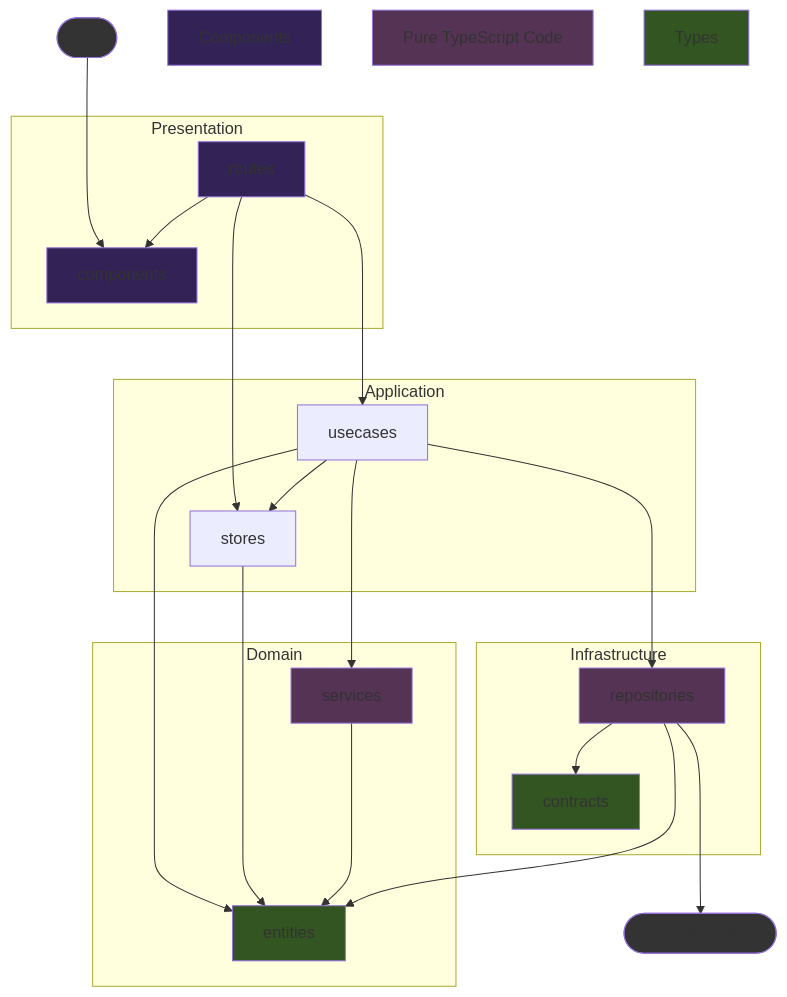
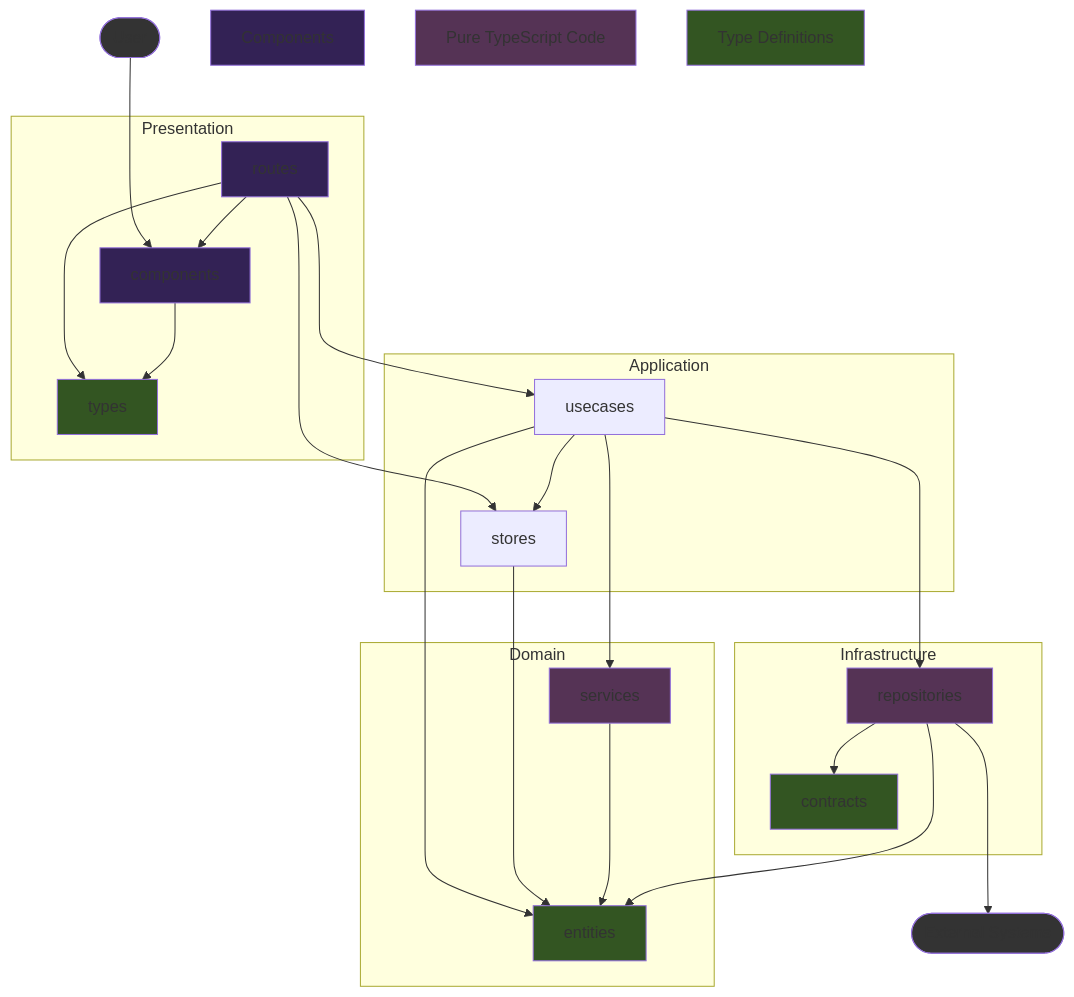
Before and after one commit to k5n/kotonoha: the first of 2 diagrams in doc/technical_specifications.md, drawn with Mermaid. The commit also changed other lines of this file, not shown here.

Commit message:
doc: add types directory and update mermaid diagram to include types in system architecture

````diff
--- a/doc/technical_specifications.md
+++ b/doc/technical_specifications.md
@@ -54,49 +55,52 @@
 ```mermaid
 graph TD
     classDef cssTypes fill:#352;
     classDef cssComponents fill:#325;
     classDef cssPure fill:#535;
     classDef cssExternal fill:#333;
     
     User([User]):::cssExternal
 
     subgraph Presentation
         components[components]:::cssComponents
         routes[routes]:::cssComponents
+        types[types]:::cssTypes
     end
 
     subgraph Application
         usecases[usecases]
         stores[stores]
     end
 
     subgraph Domain
         entities[entities]:::cssTypes
         services[services]:::cssPure
     end
 
     subgraph Infrastructure
         contracts[contracts]:::cssTypes
         repositories[repositories]:::cssPure
     end
 
     ExternalSystems([External Systems]):::cssExternal
 
     User ---> components
     routes --> components
     routes ---> usecases
     routes ---> stores
+    routes --> types
+    components --> types
     usecases --> entities
     usecases --> stores
     usecases ---> services
     usecases ---> repositories
     stores ---> entities
     services ---> entities
     repositories ---> entities
     repositories --> contracts
     repositories ---> ExternalSystems
 
     Components:::cssComponents
     PureTypeScript[Pure TypeScript Code]:::cssPure
-    Types:::cssTypes
+    TypeDefinitions[Type Definitions]:::cssTypes
 ```
````
